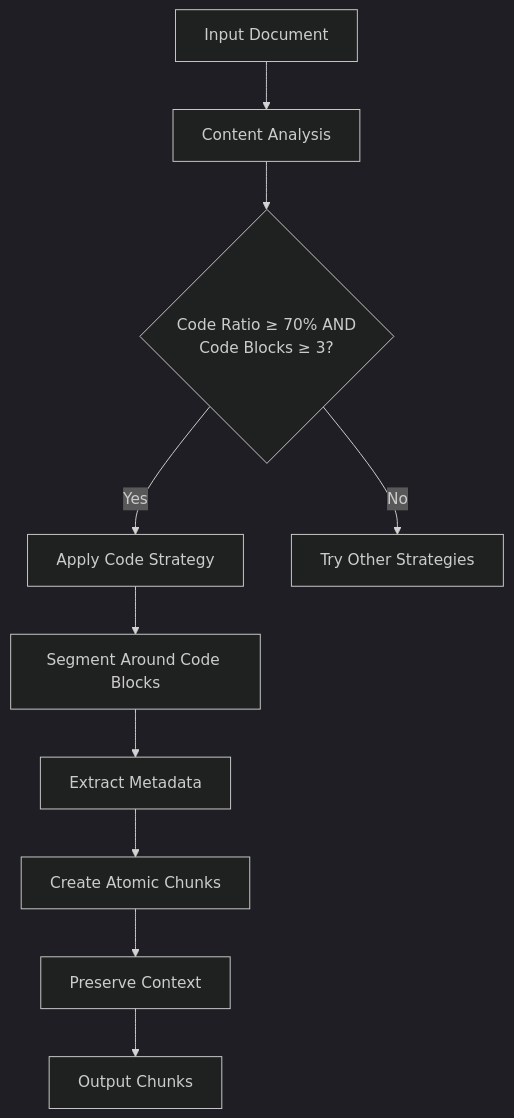
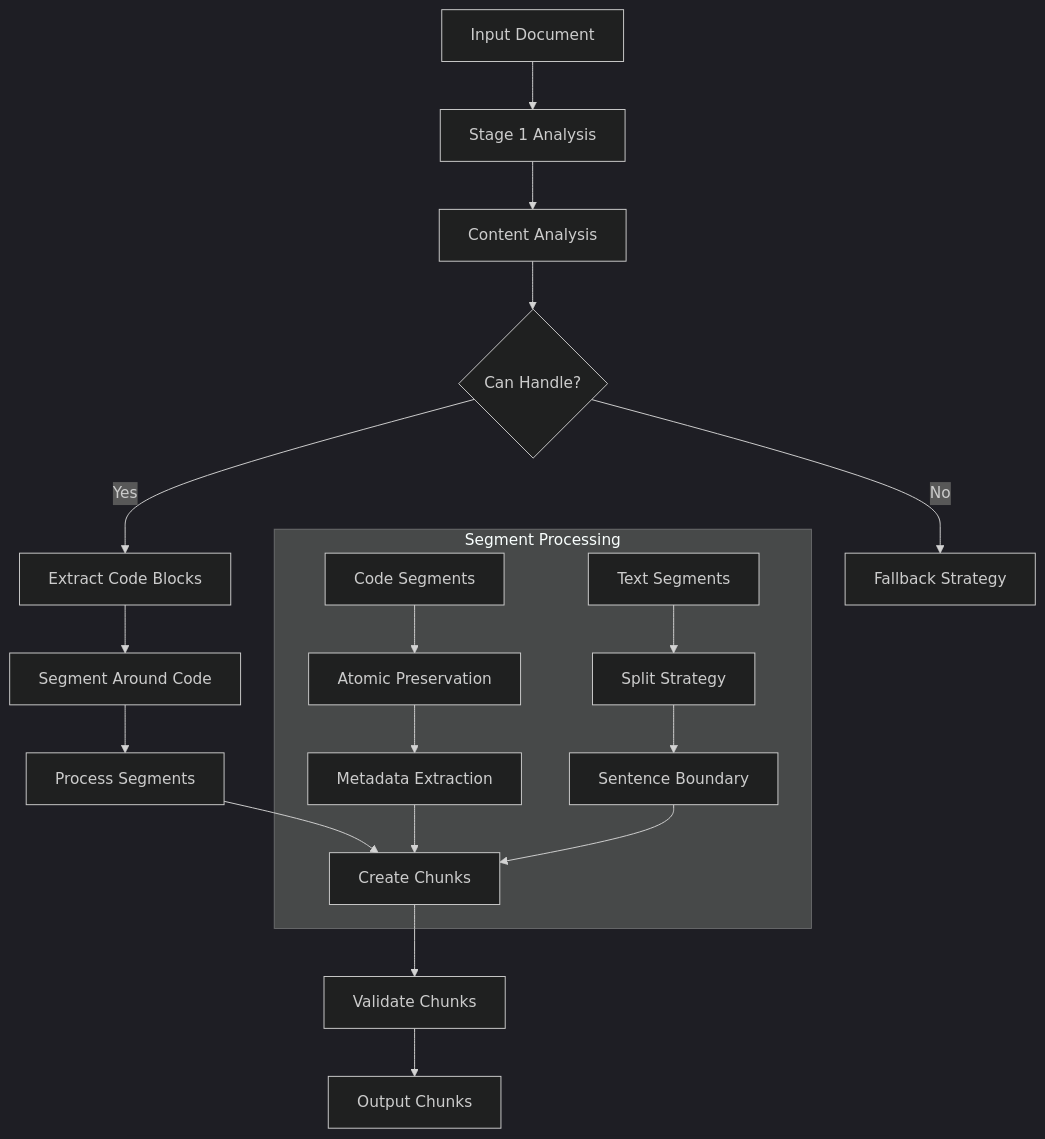
The first of 5 diagrams in .qoder/repowiki/en/content/Chunking Strategies/Code Strategy.md (asukhodko/dify-markdown-chunker), drawn with Mermaid (dark theme) before and after one commit. The commit also changed other lines of this file and 205 other files, not shown here.

````diff
--- a/.qoder/repowiki/en/content/Chunking Strategies/Code Strategy.md
+++ b/.qoder/repowiki/en/content/Chunking Strategies/Code Strategy.md
@@ -53,12 +40,21 @@
 ```mermaid
 flowchart TD
-A["Input Document"] --> B["Content Analysis"]
-B --> C{"Code Ratio ≥ 70% AND<br/>Code Blocks ≥ 3?"}
-C --> |Yes| D["Apply Code Strategy"]
-C --> |No| E["Try Other Strategies"]
-D --> F["Segment Around Code Blocks"]
-F --> G["Extract Metadata"]
-G --> H["Create Atomic Chunks"]
-H --> I["Preserve Context"]
-I --> J["Output Chunks"]
+A["Input Document"] --> B["Stage 1 Analysis"]
+B --> C["Content Analysis"]
+C --> D{"Can Handle?"}
+D --> |Yes| E["Extract Code Blocks"]
+D --> |No| F["Fallback Strategy"]
+E --> G["Segment Around Code"]
+G --> H["Process Segments"]
+H --> I["Create Chunks"]
+I --> J["Validate Chunks"]
+J --> K["Output Chunks"]
+subgraph "Segment Processing"
+L["Code Segments"] --> M["Atomic Preservation"]
+N["Text Segments"] --> O["Split Strategy"]
+M --> P["Metadata Extraction"]
+O --> Q["Sentence Boundary"]
+P --> I
+Q --> I
+end
 ```
````
